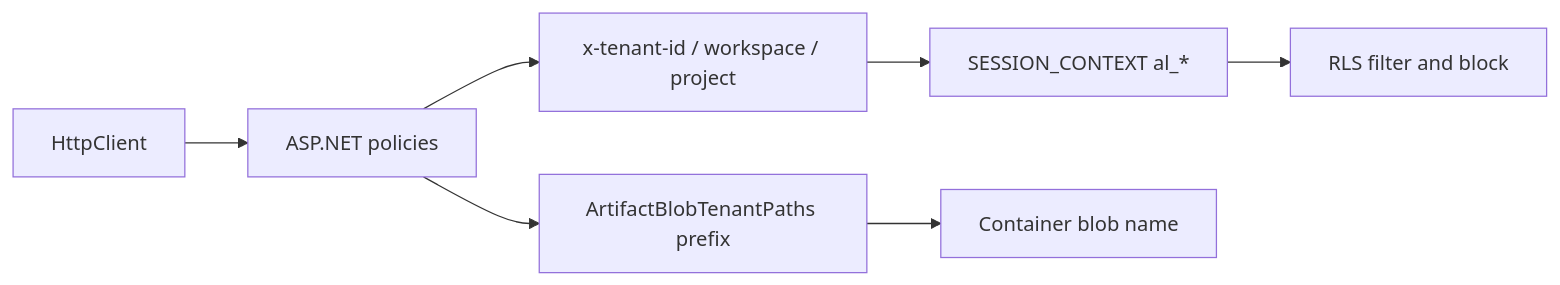
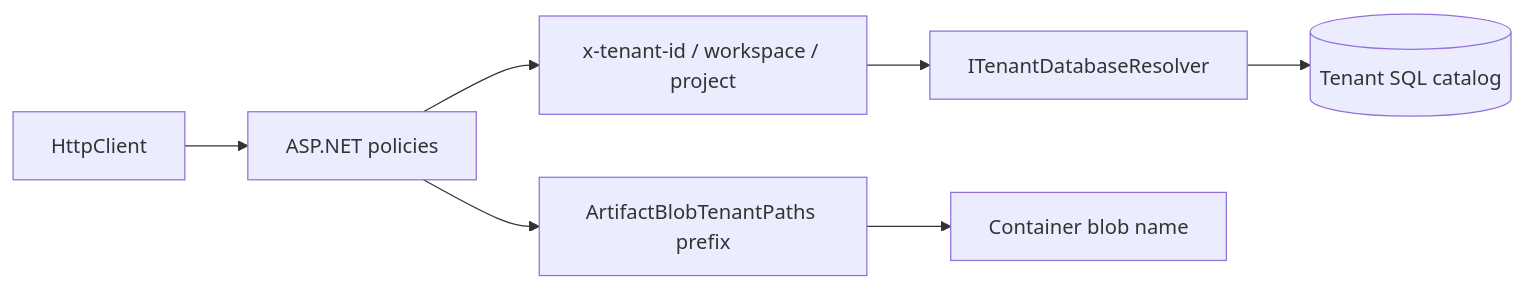
One commit to joefrancisGA/ArchLucid changed the diagram in docs/security/TENANT_ISOLATION_IMPLEMENTATION_NOTES.md. Above: the diagram before and after it, drawn with Mermaid. The commit also changed other lines of this file and 15 other files, not shown here.

First line of the commit message:
docs(security): ADR 0037 tenant isolation without RLS.

````diff
--- a/docs/security/TENANT_ISOLATION_IMPLEMENTATION_NOTES.md
+++ b/docs/security/TENANT_ISOLATION_IMPLEMENTATION_NOTES.md
@@ -31,9 +40,9 @@
 ```mermaid
 flowchart LR
     HttpClient --> ApiPolicies[ASP.NET policies]
     ApiPolicies --> ScopeHeaders["x-tenant-id / workspace / project"]
-    ScopeHeaders --> SessionCtx[SESSION_CONTEXT al_*]
-    SessionCtx --> RlsPredicates[RLS filter and block]
+    ScopeHeaders --> CatalogRoute[ITenantDatabaseResolver]
+    CatalogRoute --> TenantCatalog[(Tenant SQL catalog)]
     ApiPolicies --> BlobPaths[ArtifactBlobTenantPaths prefix]
     BlobPaths --> BlobStore[Container blob name]
 ```
````
